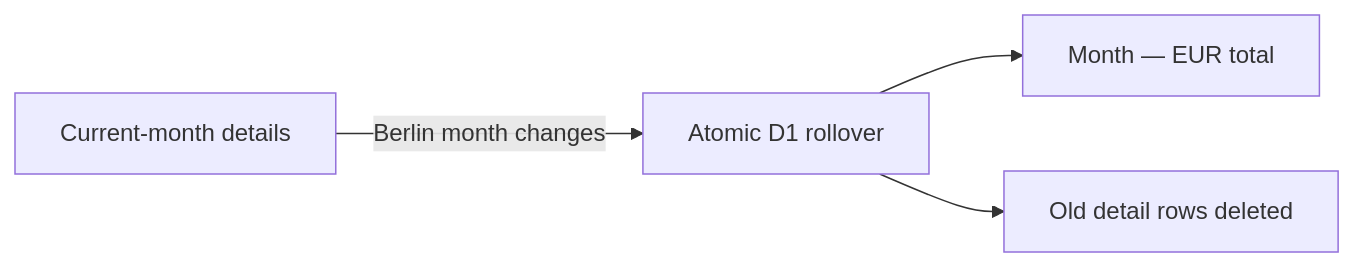
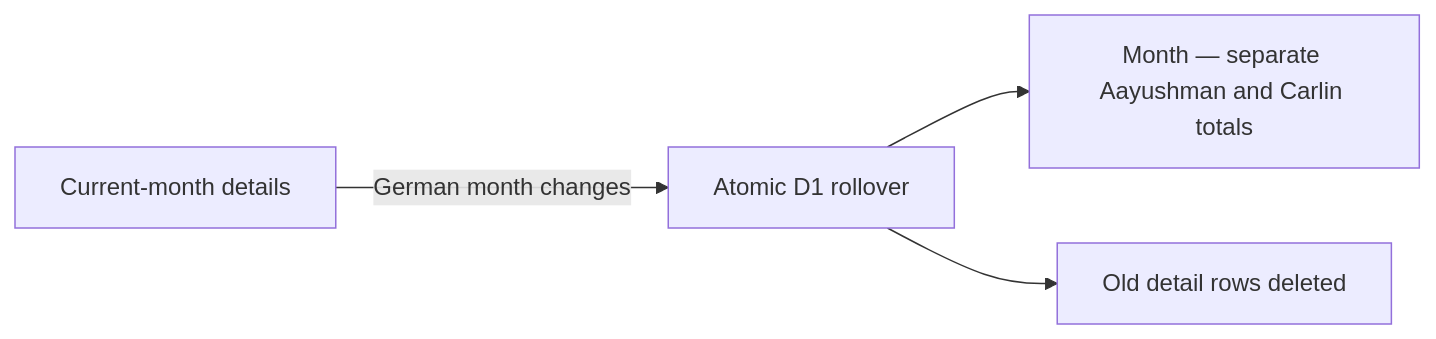
One commit to ENZOMOTIVE/Ausgeben changed the diagram in README.md. Above: the diagram before and after it, drawn with Mermaid. The commit also changed other lines of this file and 16 other files, not shown here.

Commit message:
Separate account totals and keep details private

````diff
--- a/README.md
+++ b/README.md
@@ -56,6 +62,6 @@
 ```mermaid
 flowchart LR
-    A[Current-month details] -->|Berlin month changes| B[Atomic D1 rollover]
-    B --> C[Month — EUR total]
+    A[Current-month details] -->|German month changes| B[Atomic D1 rollover]
+    B --> C[Month — separate Aayushman and Carlin totals]
     B --> D[Old detail rows deleted]
 ```
````
